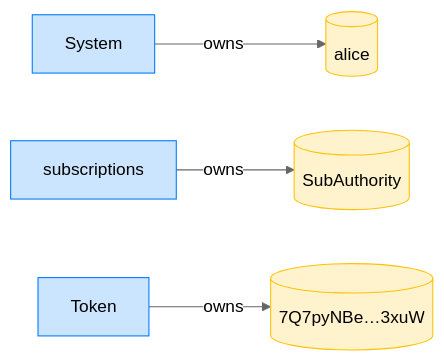
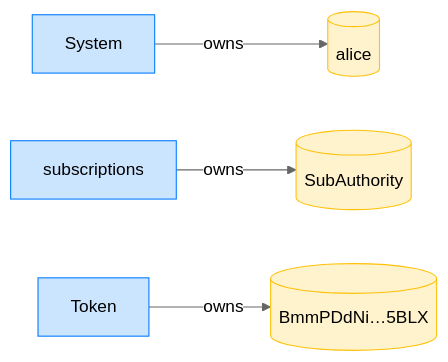
One commit to cds-rs/subscriptions changed the fourth of 8 diagrams in dsl_tests/recurring-transfer-past-the-drift-window-is-refused.md. Above: the diagram before and after it, drawn with Mermaid (neutral theme). The commit also changed other lines of this file and 224 other files, not shown here.

````diff
--- a/dsl_tests/recurring-transfer-past-the-drift-window-is-refused.md
+++ b/dsl_tests/recurring-transfer-past-the-drift-window-is-refused.md
@@ -73,14 +78,14 @@
 ```mermaid
 flowchart LR
     classDef owner fill:#cce5ff,stroke:#007bff;
     classDef account fill:#fff3cd,stroke:#ffc107;
     System[System]:::owner
     alice[(alice)]:::account
     subscriptions[subscriptions]:::owner
     SubAuthority[(SubAuthority)]:::account
     Token[Token]:::owner
-    7Q7pyNBe_3xuW[("7Q7pyNBe…3xuW")]:::account
+    BmmPDdNi_5BLX[("BmmPDdNi…5BLX")]:::account
     System -->|owns| alice
     subscriptions -->|owns| SubAuthority
-    Token -->|owns| 7Q7pyNBe_3xuW
+    Token -->|owns| BmmPDdNi_5BLX
 ```
````
